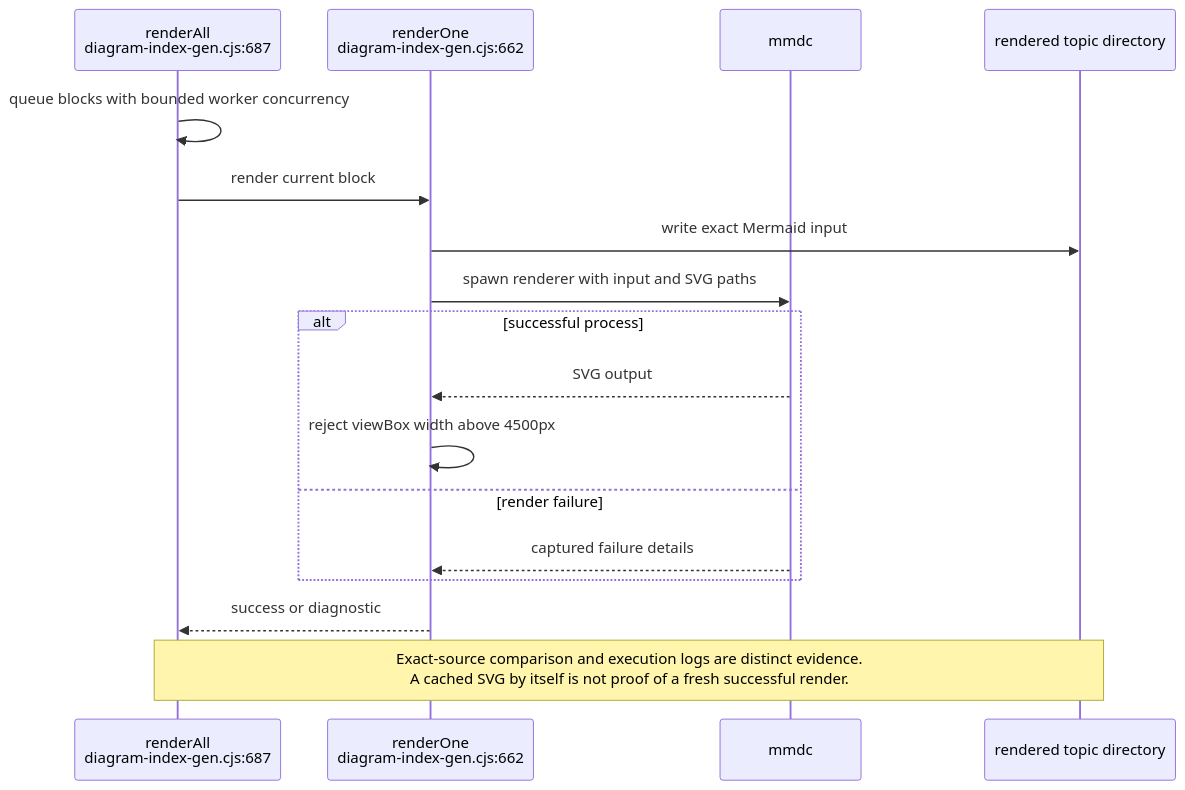
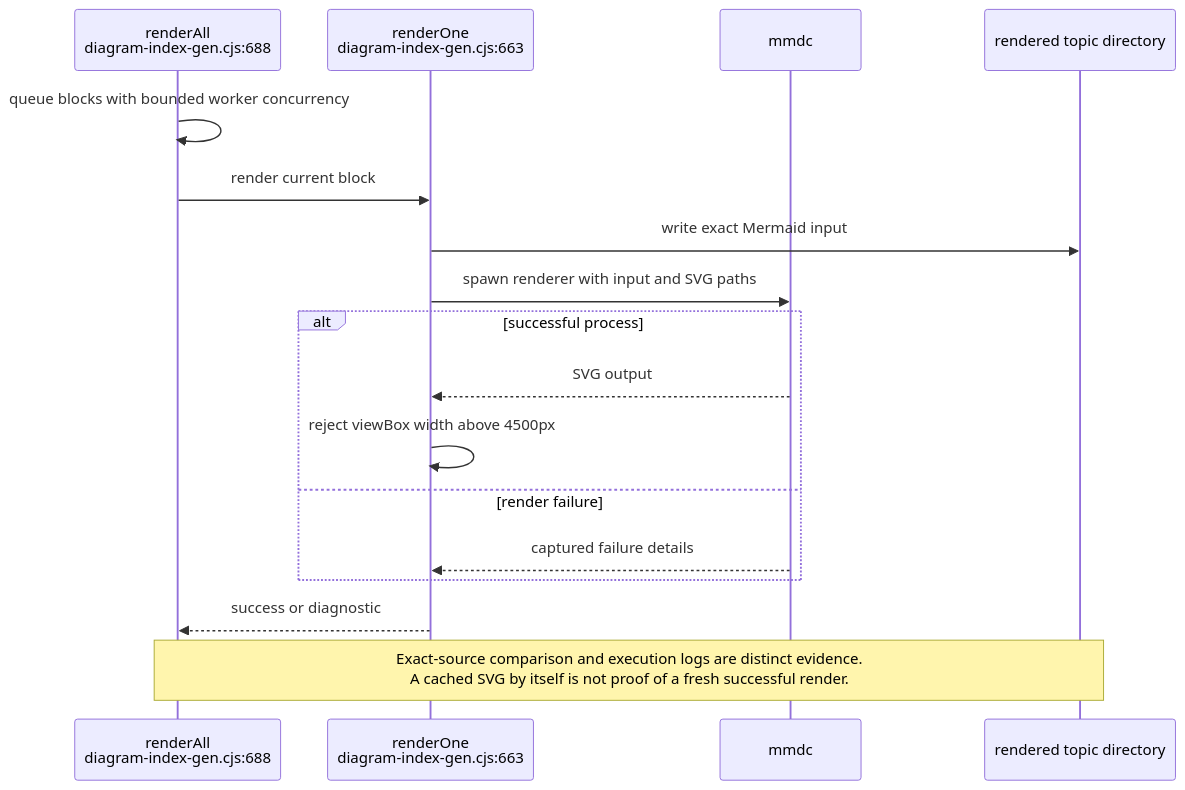
One commit to DreamLab-AI/VisionFlow changed diagram 11 of 14 in docs/diagrams/visionflow/06-diagram-tooling.md. Above: the diagram before and after it, drawn with Mermaid. The commit also changed other lines of this file and 94 other files, not shown here.

First line of the commit message:
docs(diagrams): re-verify 130 topics against 2 October HEADs

````diff
--- a/docs/diagrams/visionflow/06-diagram-tooling.md
+++ b/docs/diagrams/visionflow/06-diagram-tooling.md
@@ -355,19 +355,19 @@
 ```mermaid
 sequenceDiagram
-    participant G as renderAll<br/>diagram-index-gen.cjs:687
-    participant R as renderOne<br/>diagram-index-gen.cjs:662
+    participant G as renderAll<br/>diagram-index-gen.cjs:688
+    participant R as renderOne<br/>diagram-index-gen.cjs:663
     participant M as mmdc
     participant O as rendered topic directory
     G->>G: queue blocks with bounded worker concurrency
     G->>R: render current block
     R->>O: write exact Mermaid input
     R->>M: spawn renderer with input and SVG paths
     alt successful process
         M-->>R: SVG output
         R->>R: reject viewBox width above 4500px
     else render failure
         M-->>R: captured failure details
     end
     R-->>G: success or diagnostic
     Note over G,O: Exact-source comparison and execution logs are distinct evidence.<br/>A cached SVG by itself is not proof of a fresh successful render.
 ```
````
